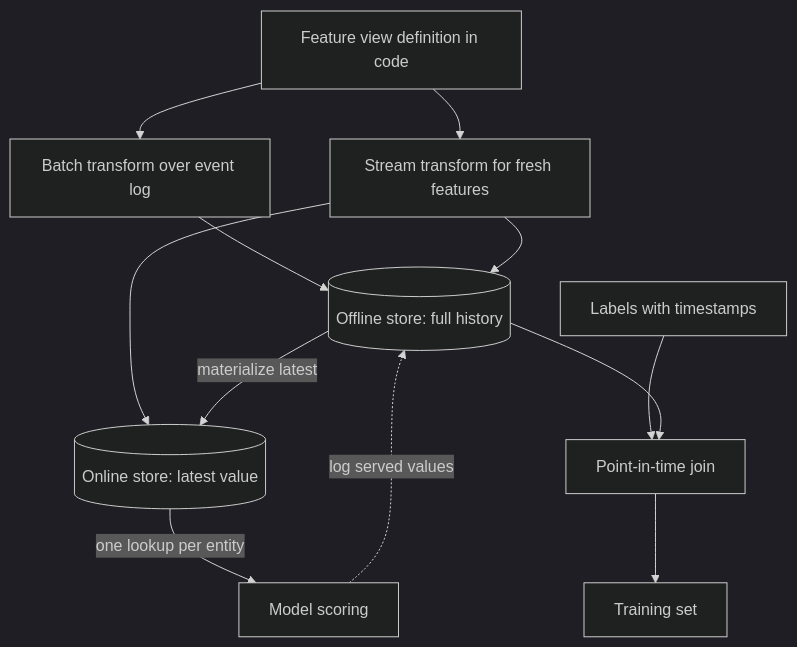
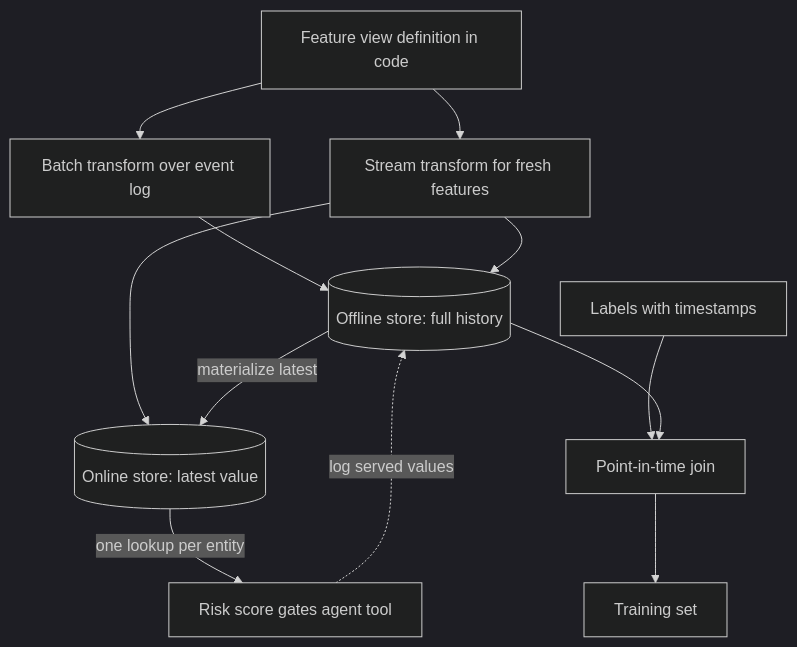
The diagram in content/data-architecture/feature-stores.md (lovishmahajan97/agentic-learning), drawn with Mermaid (dark theme) before and after one commit. The commit also changed other lines of this file and 454 other files, not shown here.

````diff
--- a/content/data-architecture/feature-stores.md
+++ b/content/data-architecture/feature-stores.md
@@ -140,14 +154,14 @@
 ```mermaid
 flowchart TD
     DEF["Feature view definition in code"] --> BATCH["Batch transform over event log"]
     DEF --> STREAM["Stream transform for fresh features"]
     BATCH --> OFF[("Offline store: full history")]
     STREAM --> OFF
     STREAM --> ON[("Online store: latest value")]
     OFF -->|"materialize latest"| ON
     LBL["Labels with timestamps"] --> PIT["Point-in-time join"]
     OFF --> PIT
     PIT --> TRAIN["Training set"]
-    ON -->|"one lookup per entity"| SERVE["Model scoring"]
+    ON -->|"one lookup per entity"| SERVE["Risk score gates agent tool"]
     SERVE -.->|"log served values"| OFF
 ```
````
